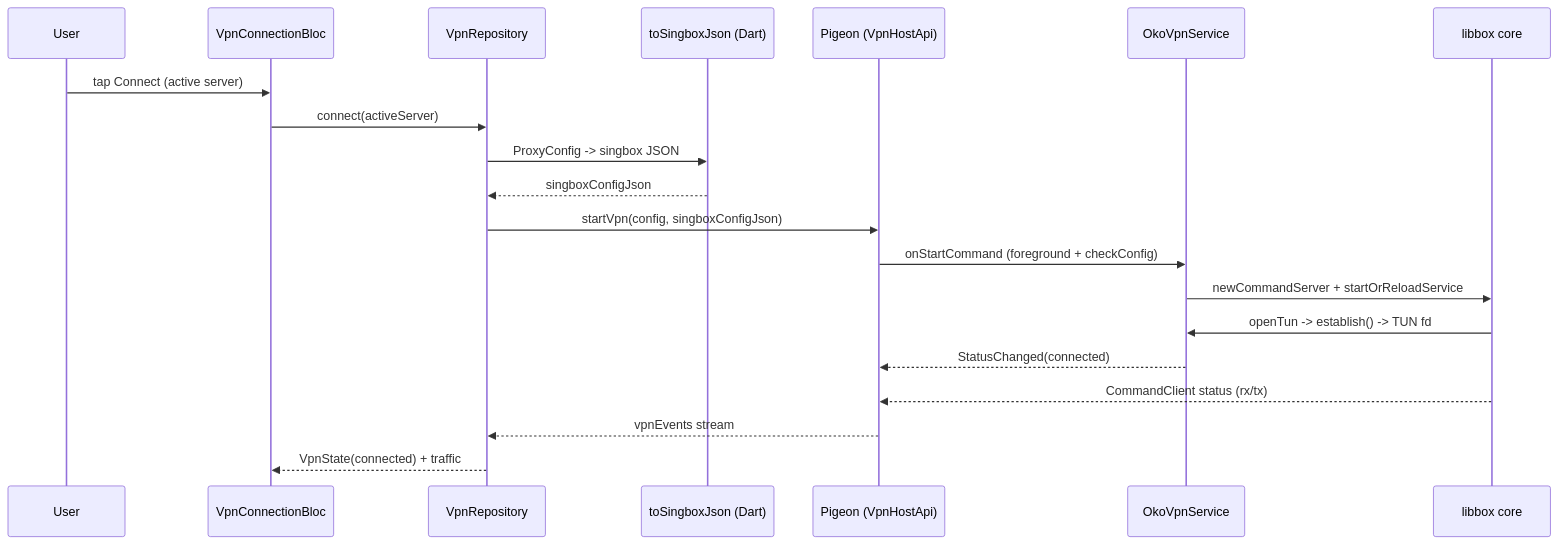
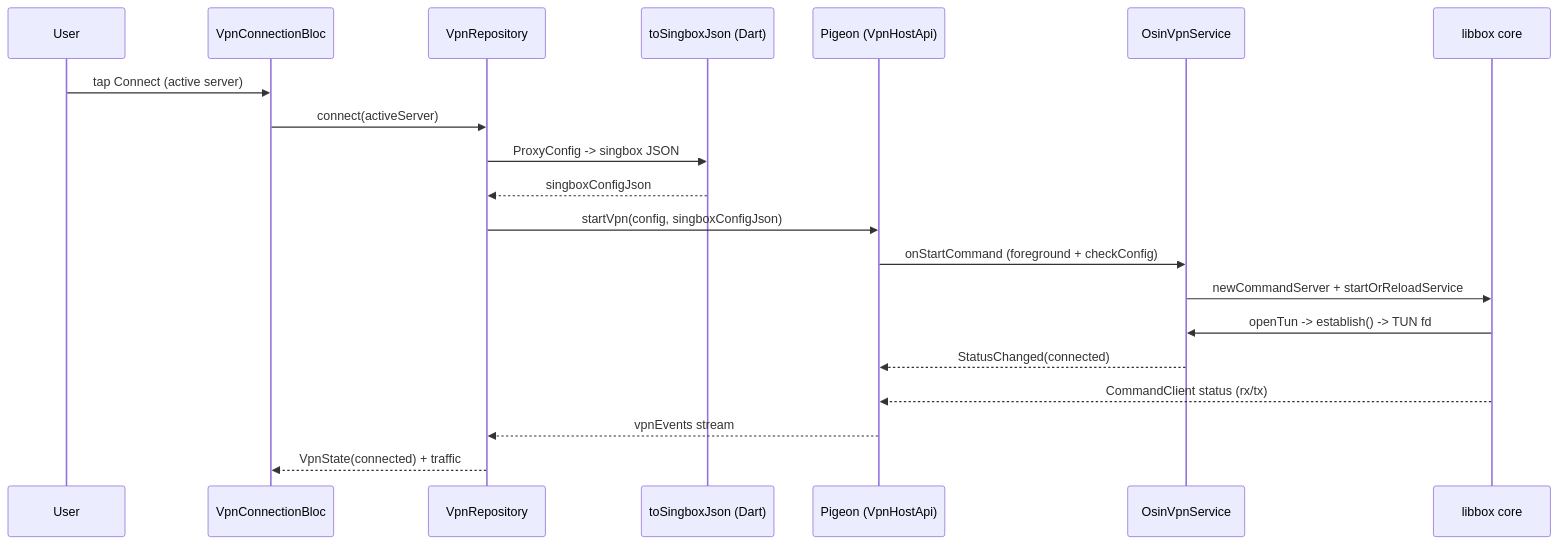
Before and after one commit to thevladoss/vpn_oko: the second of 2 diagrams in README.md, drawn with Mermaid. The commit also changed other lines of this file and 1 other file, not shown here.

First line of the commit message:
docs(15-04): product-имя и имена классов в README/демо-скрипте → osin

````diff
--- a/README.md
+++ b/README.md
@@ -202,22 +202,22 @@
 ```mermaid
 sequenceDiagram
   participant U as User
   participant B as VpnConnectionBloc
   participant R as VpnRepository
   participant G as toSingboxJson (Dart)
   participant P as Pigeon (VpnHostApi)
-  participant S as OkoVpnService
+  participant S as OsinVpnService
   participant C as libbox core
   U->>B: tap Connect (active server)
   B->>R: connect(activeServer)
   R->>G: ProxyConfig -> singbox JSON
   G-->>R: singboxConfigJson
   R->>P: startVpn(config, singboxConfigJson)
   P->>S: onStartCommand (foreground + checkConfig)
   S->>C: newCommandServer + startOrReloadService
   C->>S: openTun -> establish() -> TUN fd
   S-->>P: StatusChanged(connected)
   C-->>P: CommandClient status (rx/tx)
   P-->>R: vpnEvents stream
   R-->>B: VpnState(connected) + traffic
 ```
````
